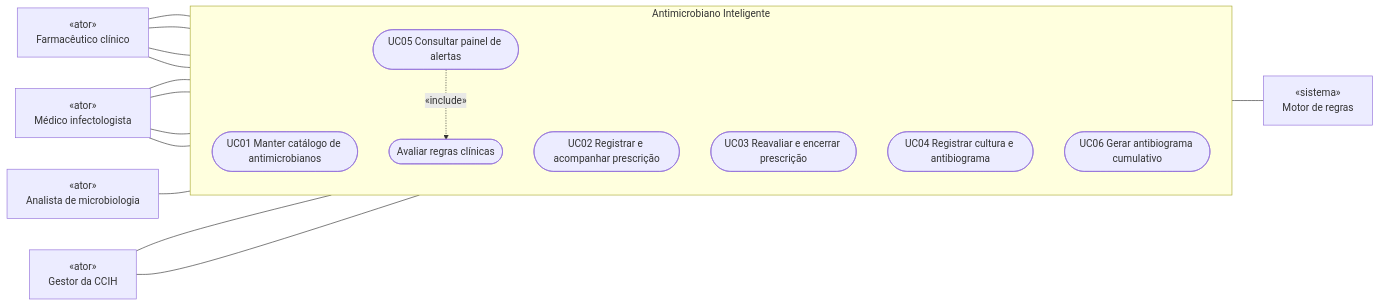
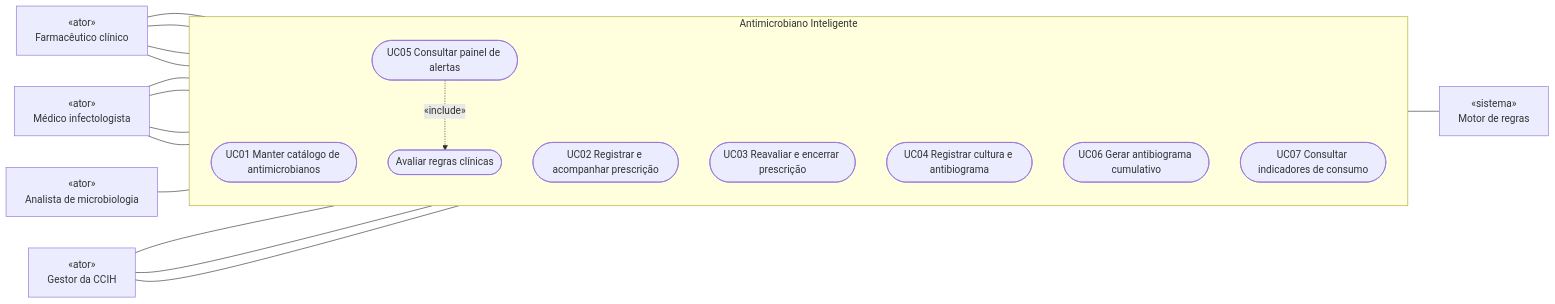
Before and after one commit to Antonio-avsp/Projeto_Antimicrobiano_Inteligente: the diagram in docs/casos-de-uso.md, drawn with Mermaid. The commit also changed other lines of this file and 4 other files, not shown here.

````diff
--- a/docs/casos-de-uso.md
+++ b/docs/casos-de-uso.md
@@ -17,33 +17,35 @@
 ```mermaid
 flowchart LR
     farm["«ator»<br/>Farmacêutico clínico"]
     infecto["«ator»<br/>Médico infectologista"]
     lab["«ator»<br/>Analista de microbiologia"]
     gestor["«ator»<br/>Gestor da CCIH"]
     motor["«sistema»<br/>Motor de regras"]
 
     subgraph sistema["Antimicrobiano Inteligente"]
         direction TB
         UC01(["UC01 Manter catálogo de antimicrobianos"])
         UC02(["UC02 Registrar e acompanhar prescrição"])
         UC03(["UC03 Reavaliar e encerrar prescrição"])
         UC04(["UC04 Registrar cultura e antibiograma"])
         UC05(["UC05 Consultar painel de alertas"])
         UC06(["UC06 Gerar antibiograma cumulativo"])
+        UC07(["UC07 Consultar indicadores de consumo"])
         AVAL(["Avaliar regras clínicas"])
     end
 
     farm --- UC01
     farm --- UC02
     farm --- UC03
     farm --- UC05
     infecto --- UC02
     infecto --- UC03
     infecto --- UC05
     infecto --- UC06
     lab --- UC04
     gestor --- UC01
     gestor --- UC06
+    gestor --- UC07
     UC05 -. "«include»" .-> AVAL
     AVAL --- motor
 ```
````
